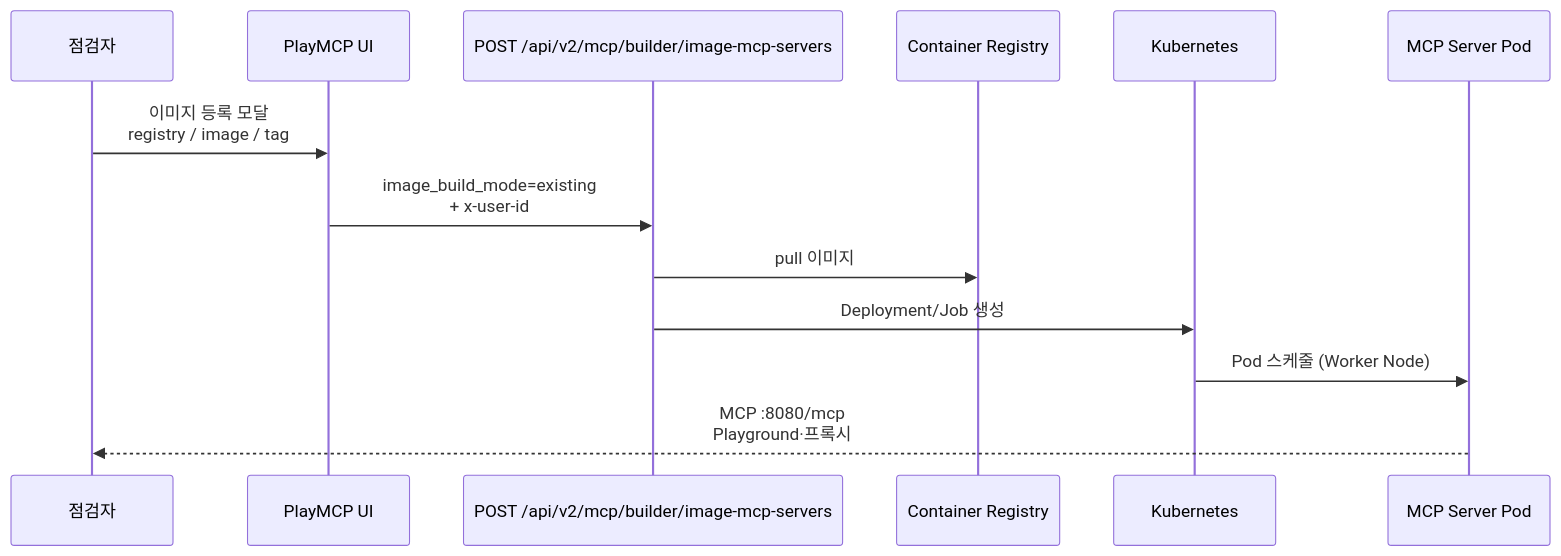
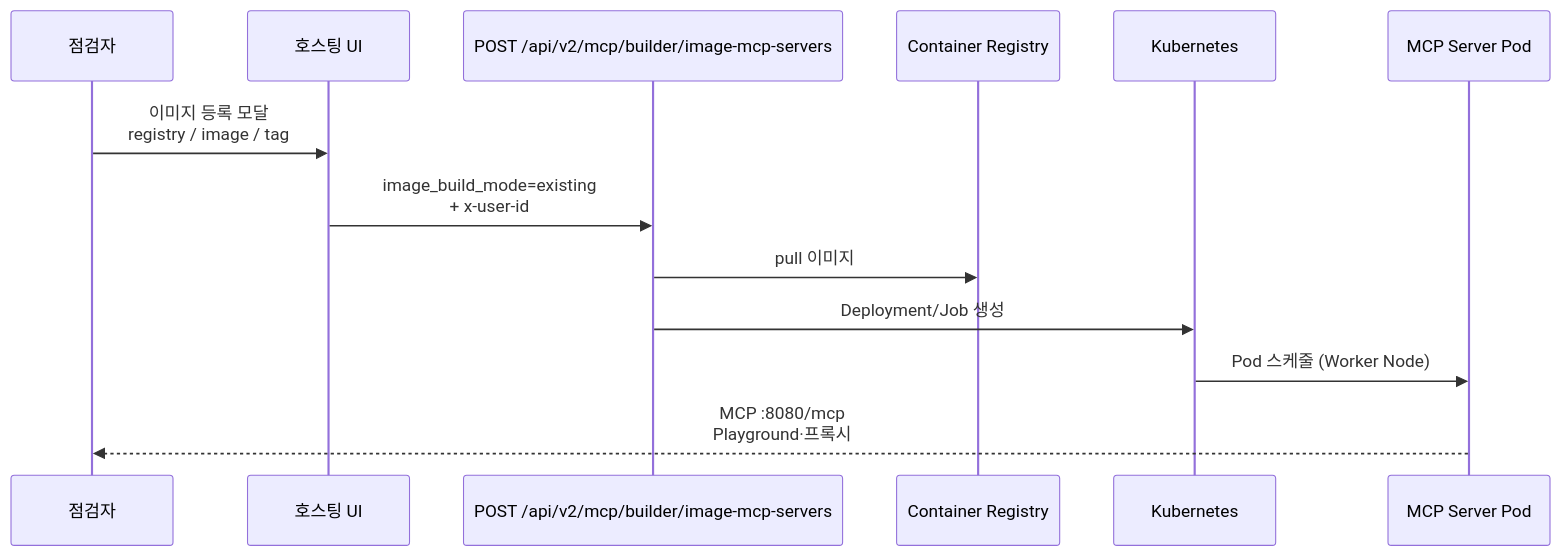
One commit to pgt0312/Kuma-test changed the second of 5 diagrams in ARCHITECTURE.md. Above: the diagram before and after it, drawn with Mermaid. The commit also changed other lines of this file and 11 other files, not shown here.

````diff
--- a/ARCHITECTURE.md
+++ b/ARCHITECTURE.md
@@ -72,16 +72,16 @@
 ```mermaid
 sequenceDiagram
     participant U as 점검자
-    participant UI as PlayMCP UI
+    participant UI as 호스팅 UI
     participant API as POST /api/v2/mcp/builder/image-mcp-servers
     participant REG as Container Registry
     participant K8s as Kubernetes
     participant Pod as MCP Server Pod
 
     U->>UI: 이미지 등록 모달<br/>registry / image / tag
     UI->>API: image_build_mode=existing<br/>+ x-user-id
     API->>REG: pull 이미지
     API->>K8s: Deployment/Job 생성
     K8s->>Pod: Pod 스케줄 (Worker Node)
   Pod-->>U: MCP :8080/mcp<br/>Playground·프록시
 ```
````
